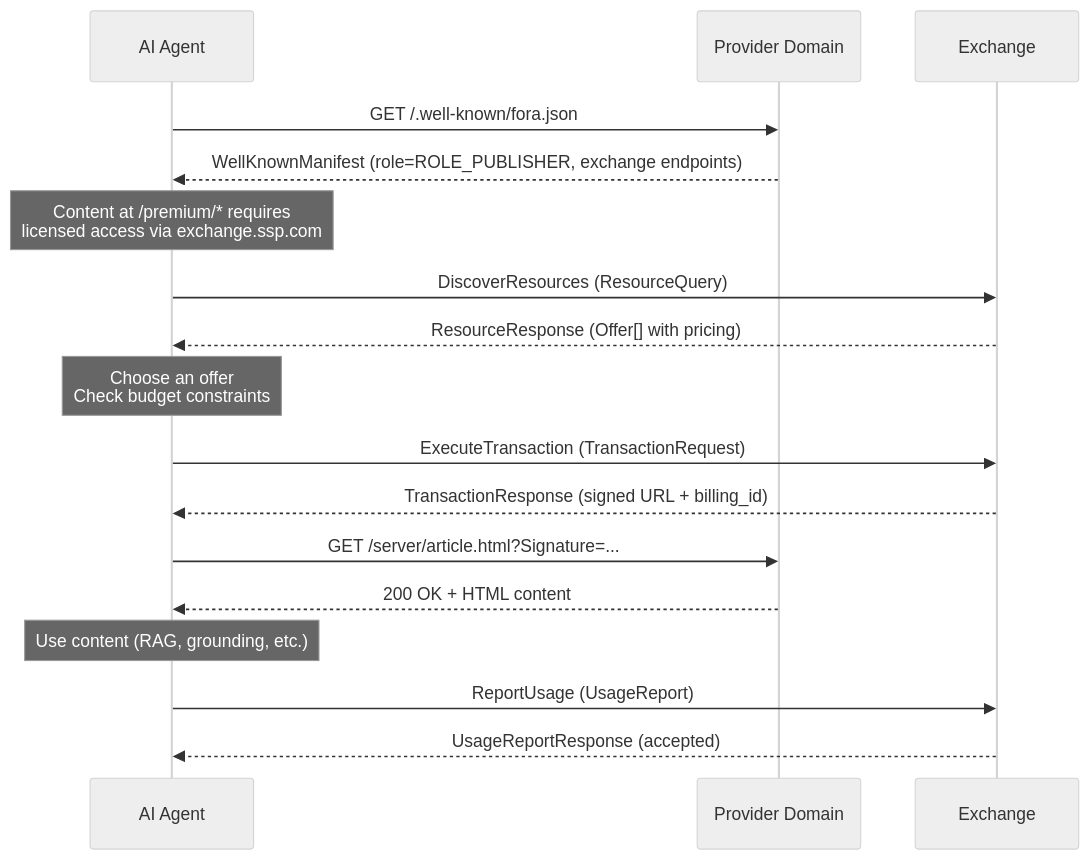
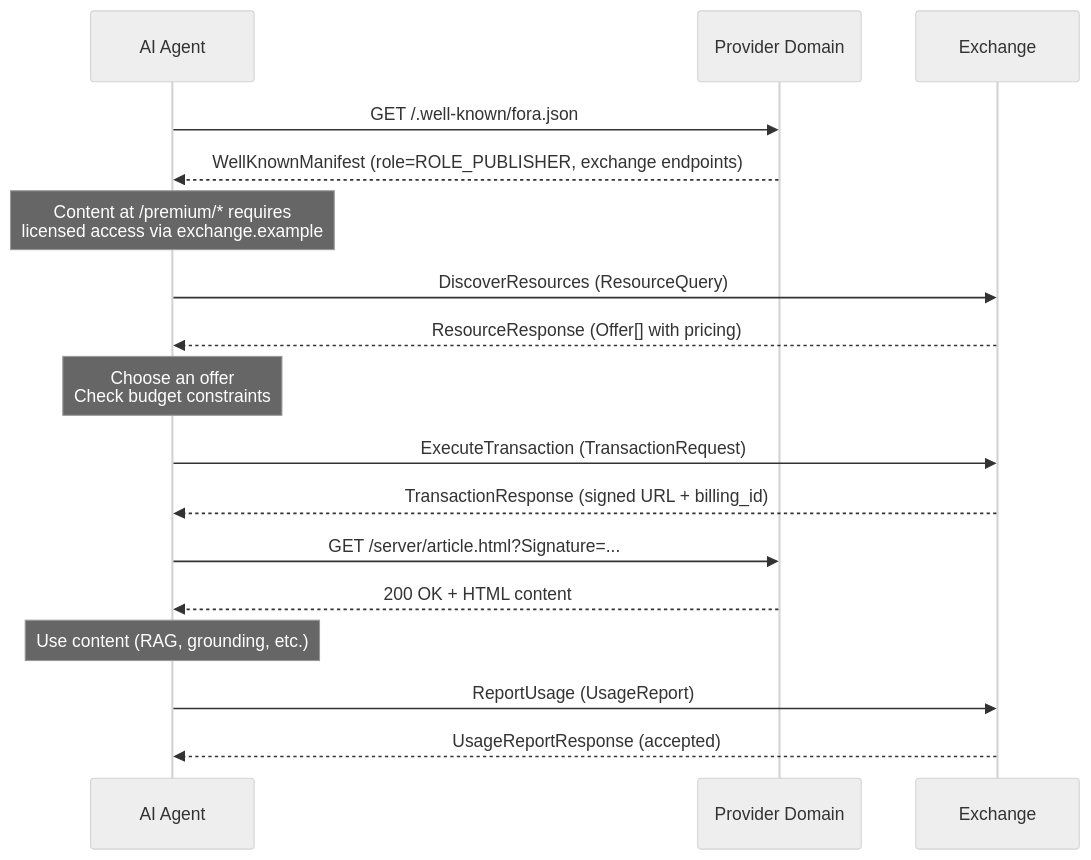
Before and after one commit to FORA-Protocol/protocol: the first of 6 diagrams in website/src/content/docs/protocol/discovery-paths.mdx, drawn with Mermaid (neutral theme). The commit also changed 17 other files, not shown here.

````diff
--- a/website/src/content/docs/protocol/discovery-paths.mdx
+++ b/website/src/content/docs/protocol/discovery-paths.mdx
@@ -23,27 +23,27 @@
 ```mermaid
 sequenceDiagram
     participant Agent as AI Agent
     participant PUB as Provider Domain
     participant MP as Exchange
 
     Agent->>PUB: GET /.well-known/fora.json
     PUB-->>Agent: WellKnownManifest (role=ROLE_PUBLISHER, exchange endpoints)
 
-    Note over Agent: Content at /premium/* requires<br/>licensed access via exchange.ssp.com
+    Note over Agent: Content at /premium/* requires<br/>licensed access via exchange.example
 
     Agent->>MP: DiscoverResources (ResourceQuery)
     MP-->>Agent: ResourceResponse (Offer[] with pricing)
 
     Note over Agent: Choose an offer<br/>Check budget constraints
 
     Agent->>MP: ExecuteTransaction (TransactionRequest)
     MP-->>Agent: TransactionResponse (signed URL + billing_id)
 
     Agent->>PUB: GET /server/article.html?Signature=...
     PUB-->>Agent: 200 OK + HTML content
 
     Note over Agent: Use content (RAG, grounding, etc.)
 
     Agent->>MP: ReportUsage (UsageReport)
     MP-->>Agent: UsageReportResponse (accepted)
 ```
````
